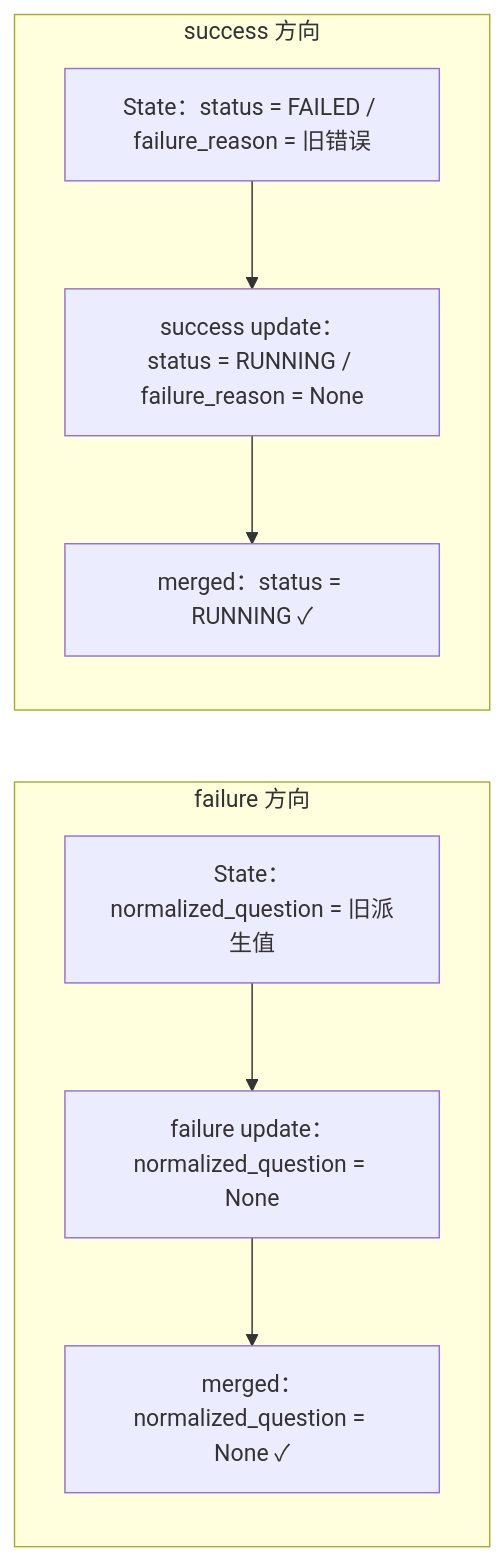
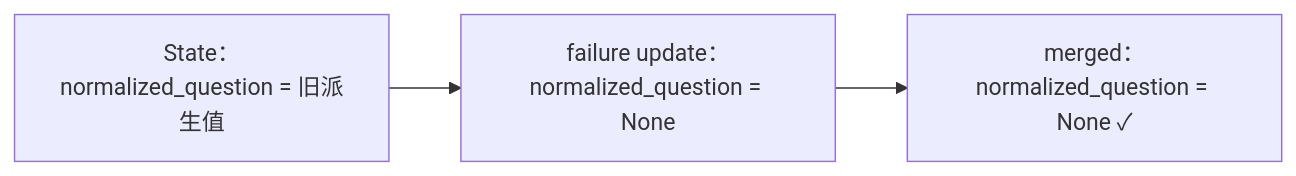
One commit to AnRun-M/enterprise-ai-agent-handbook changed the third of 3 diagrams in docs/04-text2sql/ch19-input-normalization-intent.md. Above: the diagram before and after it, drawn with Mermaid. The commit also changed other lines of this file and 4 other files, not shown here.

````diff
--- a/docs/04-text2sql/ch19-input-normalization-intent.md
+++ b/docs/04-text2sql/ch19-input-normalization-intent.md
@@ -138,11 +169,5 @@
 ```mermaid
 flowchart LR
-    subgraph failure 方向
-    A1["State：normalized_question = 旧派生值"] --> B1["failure update：<br/>normalized_question = None"]
-    B1 --> C1["merged：normalized_question = None ✓"]
-    end
-    subgraph success 方向
-    A2["State：status = FAILED / failure_reason = 旧错误"] --> B2["success update：<br/>status = RUNNING / failure_reason = None"]
-    B2 --> C2["merged：status = RUNNING ✓"]
-    end
+    A["State：normalized_question = 旧派生值"] --> B["failure update：<br/>normalized_question = None"]
+    B --> C["merged：normalized_question = None ✓"]
 ```
````
